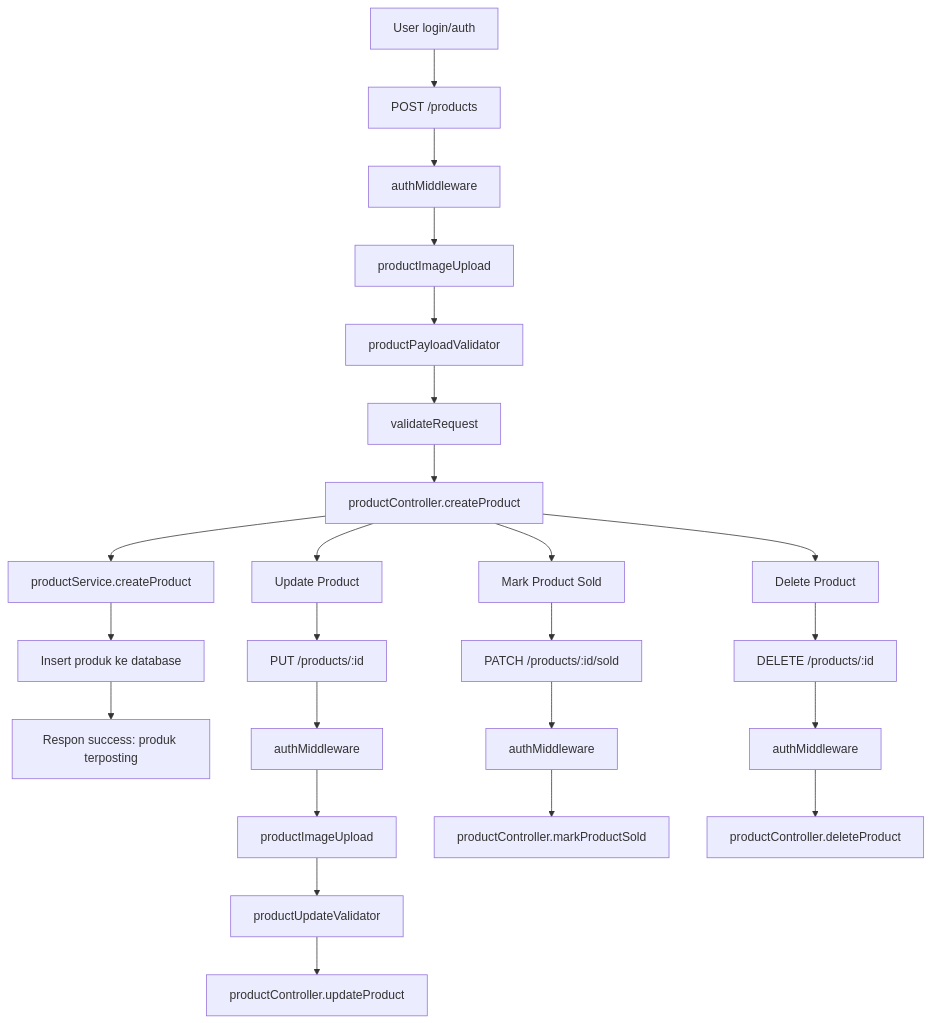
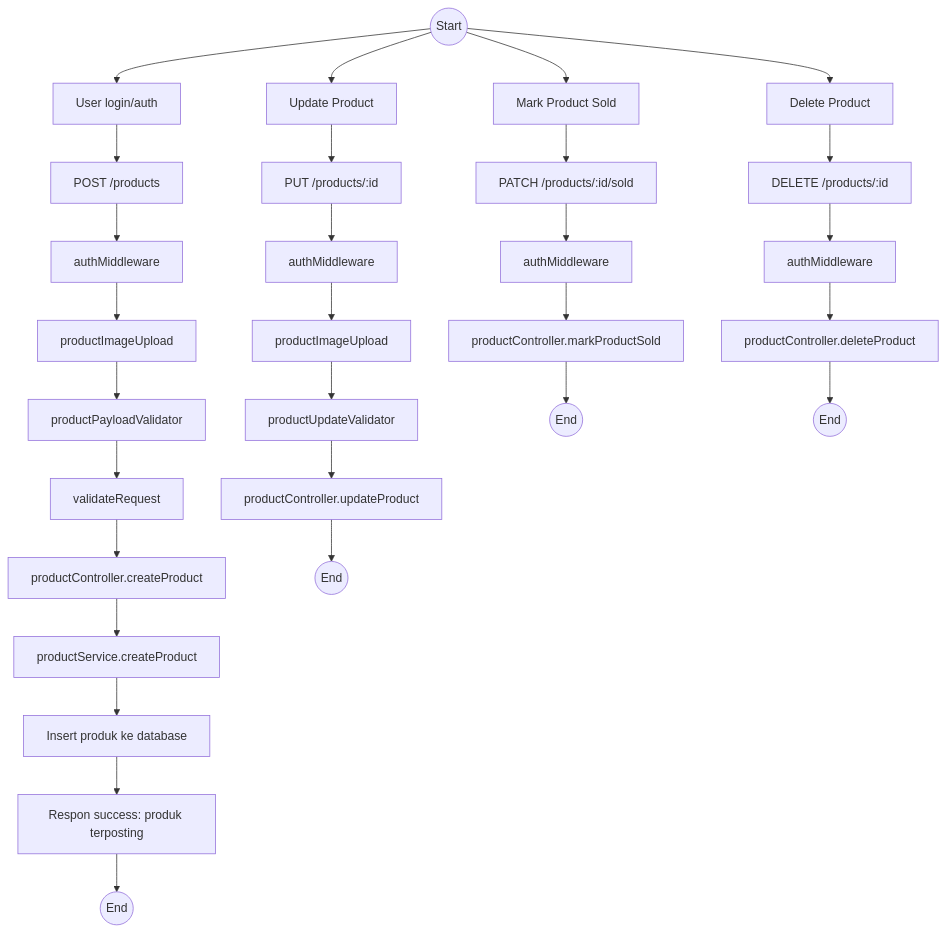
Before and after one commit to asuka2505l-netizen/babepus-client: the first of 4 diagrams in Diagram_Alur_Pemesanan_dan_Pemostingan_Barang.md, drawn with Mermaid. The commit also changed other lines of this file, not shown here.

````diff
--- a/Diagram_Alur_Pemesanan_dan_Pemostingan_Barang.md
+++ b/Diagram_Alur_Pemesanan_dan_Pemostingan_Barang.md
@@ -9,29 +9,34 @@
 ```mermaid
 graph TD
-  A[User login/auth] --> B[POST /products]
+  StartA((Start)) --> A[User login/auth]
+  A --> B[POST /products]
   B --> C[authMiddleware]
   C --> D[productImageUpload]
   D --> E[productPayloadValidator]
   E --> F[validateRequest]
   F --> G[productController.createProduct]
   G --> H[productService.createProduct]
   H --> I[Insert produk ke database]
   I --> J[Respon success: produk terposting]
+  J --> EndA((End))
 
-  G --> K[Update Product]
+  StartA --> K[Update Product]
   K --> L[PUT /products/:id]
   L --> M[authMiddleware]
   M --> N[productImageUpload]
   N --> O[productUpdateValidator]
   O --> P[productController.updateProduct]
+  P --> EndUpdate((End))
 
-  G --> Q[Mark Product Sold]
+  StartA --> Q[Mark Product Sold]
   Q --> R[PATCH /products/:id/sold]
   R --> S[authMiddleware]
   S --> T[productController.markProductSold]
+  T --> EndSold((End))
 
-  G --> U[Delete Product]
+  StartA --> U[Delete Product]
   U --> V[DELETE /products/:id]
   V --> W[authMiddleware]
   W --> X[productController.deleteProduct]
+  X --> EndDelete((End))
 ```
````
